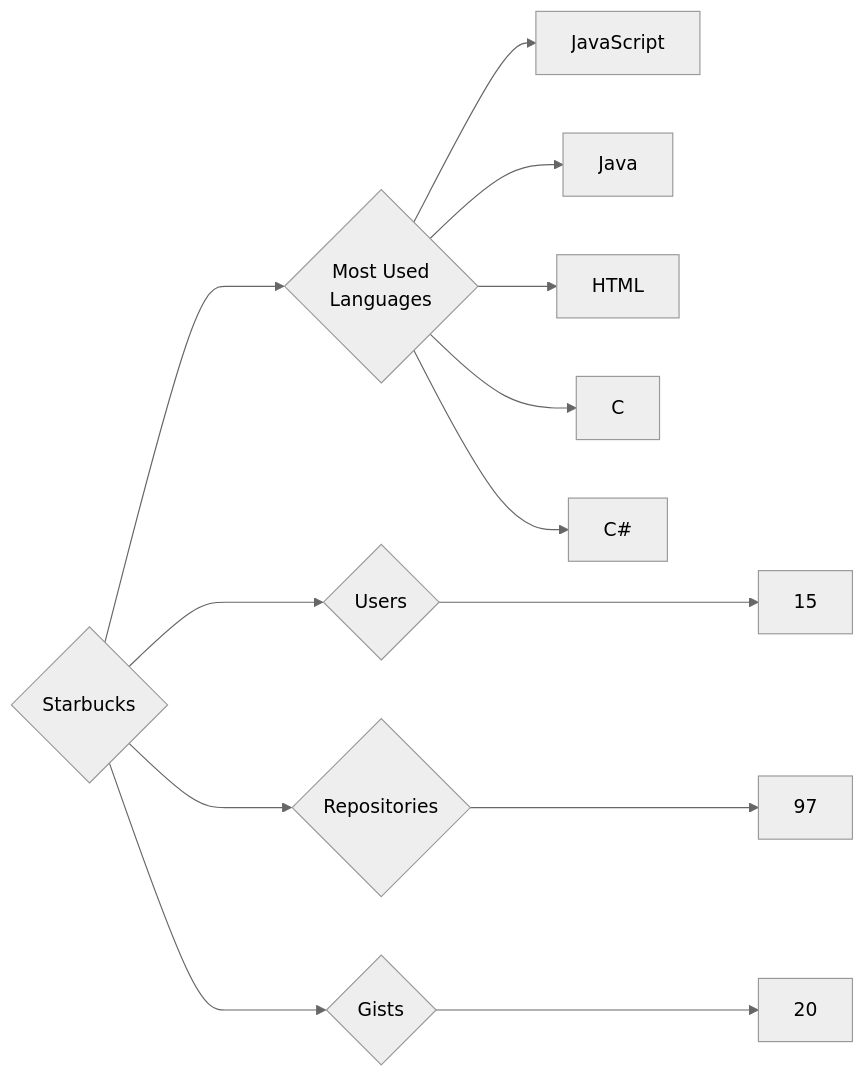
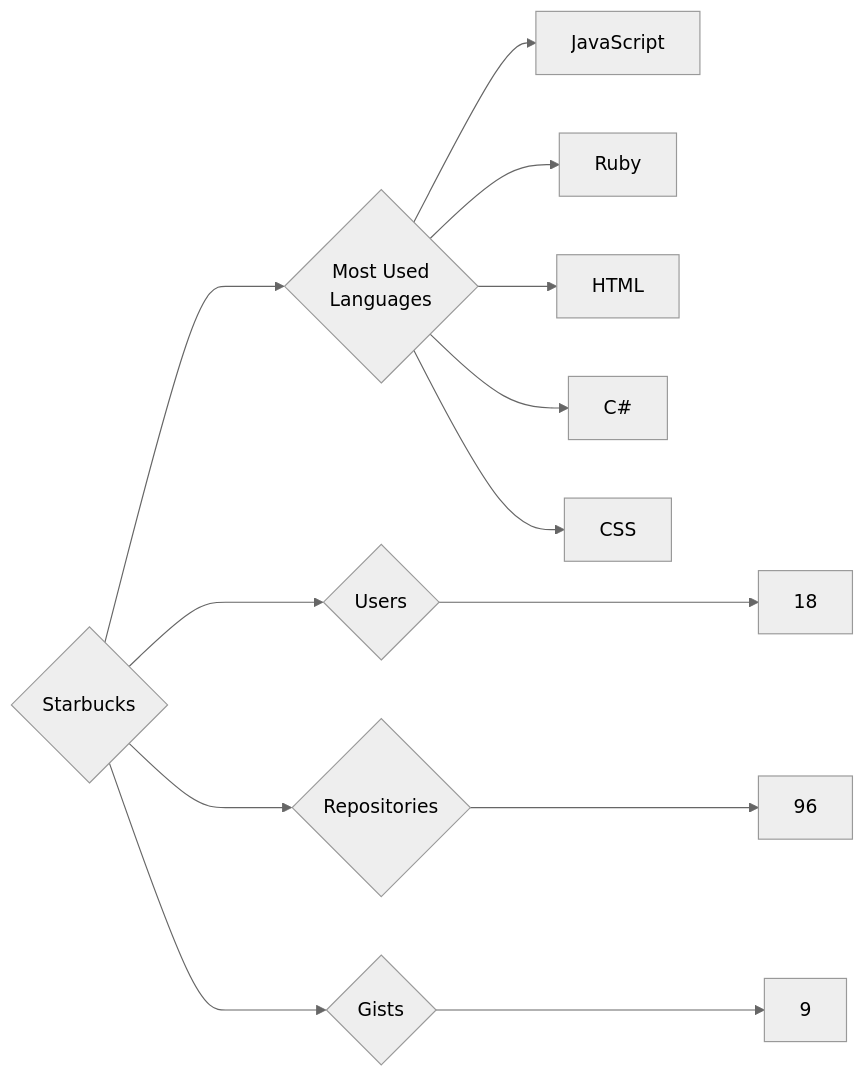
One commit to trickest/insiders changed the diagram in targets/Starbucks/README.md. Above: the diagram before and after it, drawn with Mermaid (neutral theme). The commit also changed 839 other files, not shown here.

````diff
--- a/targets/Starbucks/README.md
+++ b/targets/Starbucks/README.md
@@ -3,13 +3,13 @@
 ```mermaid
 graph LR
 COMPANY_NAME{Starbucks}
-COMPANY_NAME ---> U{Users} ---> UN[15]
-COMPANY_NAME ---> R{Repositories} ---> RN[97]
-COMPANY_NAME ---> G{Gists} ---> GN[20]
+COMPANY_NAME ---> U{Users} ---> UN[18]
+COMPANY_NAME ---> R{Repositories} ---> RN[96]
+COMPANY_NAME ---> G{Gists} ---> GN[9]
 COMPANY_NAME ---> ML{Most Used<br>Languages}
 ML --> JavaScript[JavaScript]
-ML --> Java[Java]
+ML --> Ruby[Ruby]
 ML --> HTML[HTML]
-ML --> C[C]
 ML --> C#[C#]
+ML --> CSS[CSS]
 ```
````
